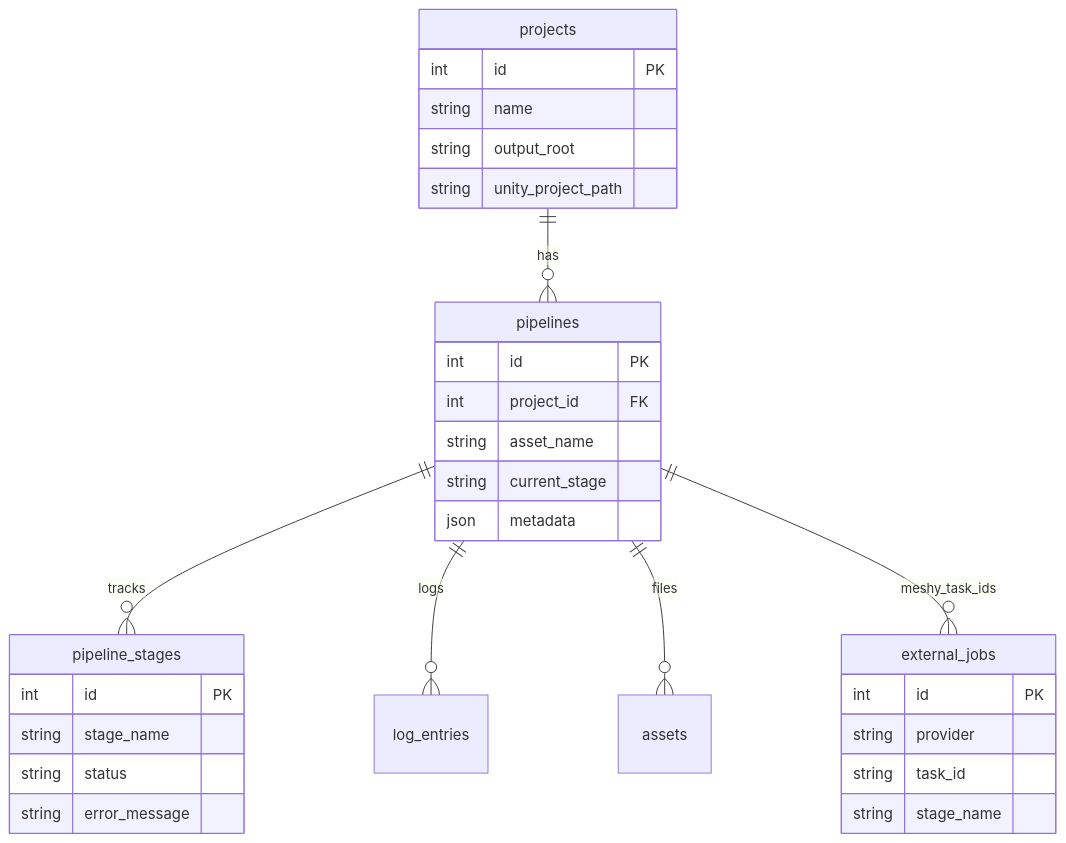
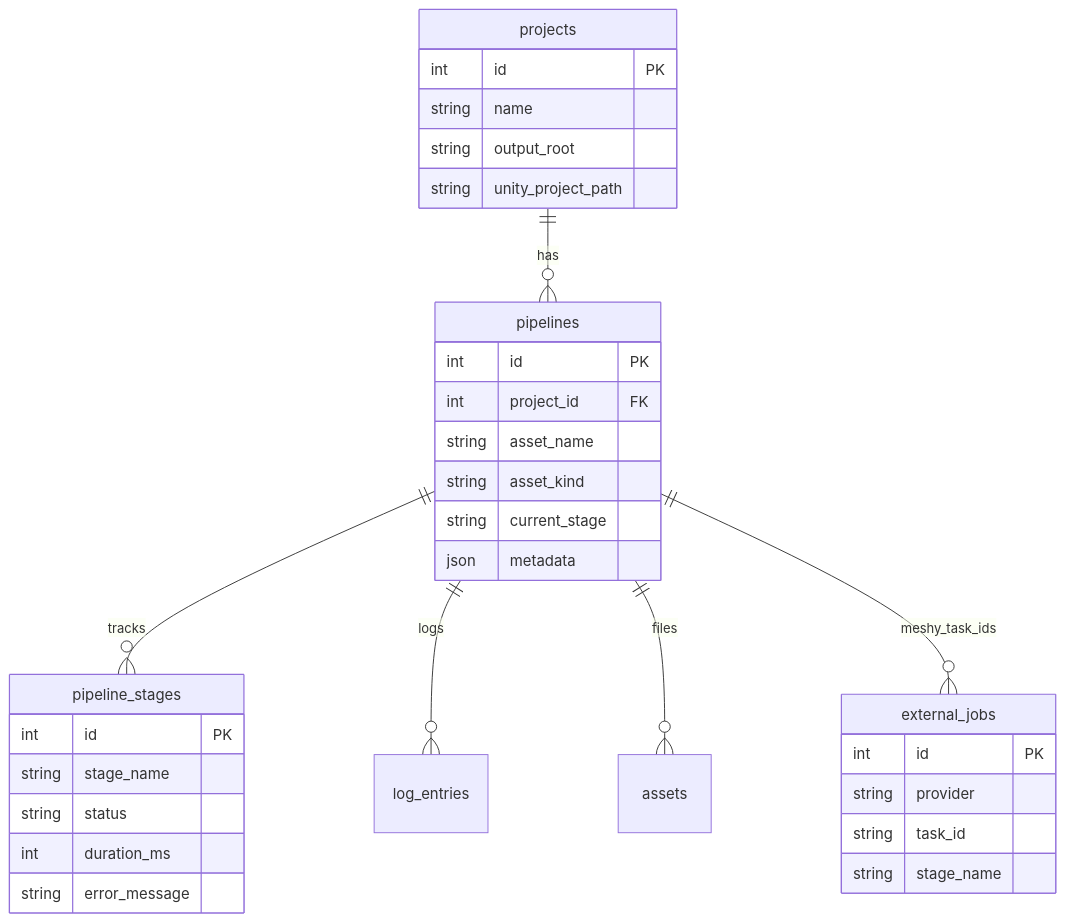
Before and after one commit to EazyTom/asset-assembly-automator: the sixth of 7 diagrams in README.md, drawn with Mermaid. The commit also changed other lines of this file and 2 other files, not shown here.

````diff
--- a/README.md
+++ b/README.md
@@ -316,33 +332,35 @@
 ```mermaid
 erDiagram
     projects ||--o{ pipelines : has
     pipelines ||--o{ pipeline_stages : tracks
     pipelines ||--o{ log_entries : logs
     pipelines ||--o{ assets : files
     pipelines ||--o{ external_jobs : meshy_task_ids
     projects {
         int id PK
         string name
         string output_root
         string unity_project_path
     }
     pipelines {
         int id PK
         int project_id FK
         string asset_name
+        string asset_kind
         string current_stage
         json metadata
     }
     pipeline_stages {
         int id PK
         string stage_name
         string status
+        int duration_ms
         string error_message
     }
     external_jobs {
         int id PK
         string provider
         string task_id
         string stage_name
     }
 ```
````
